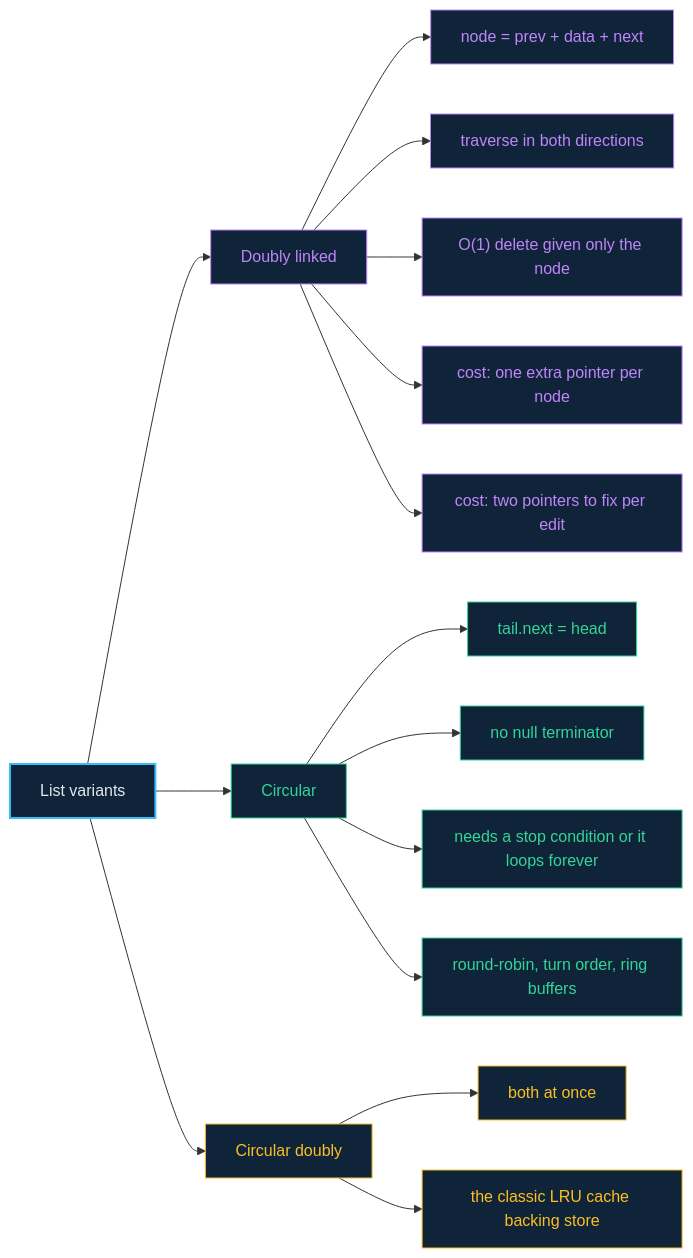
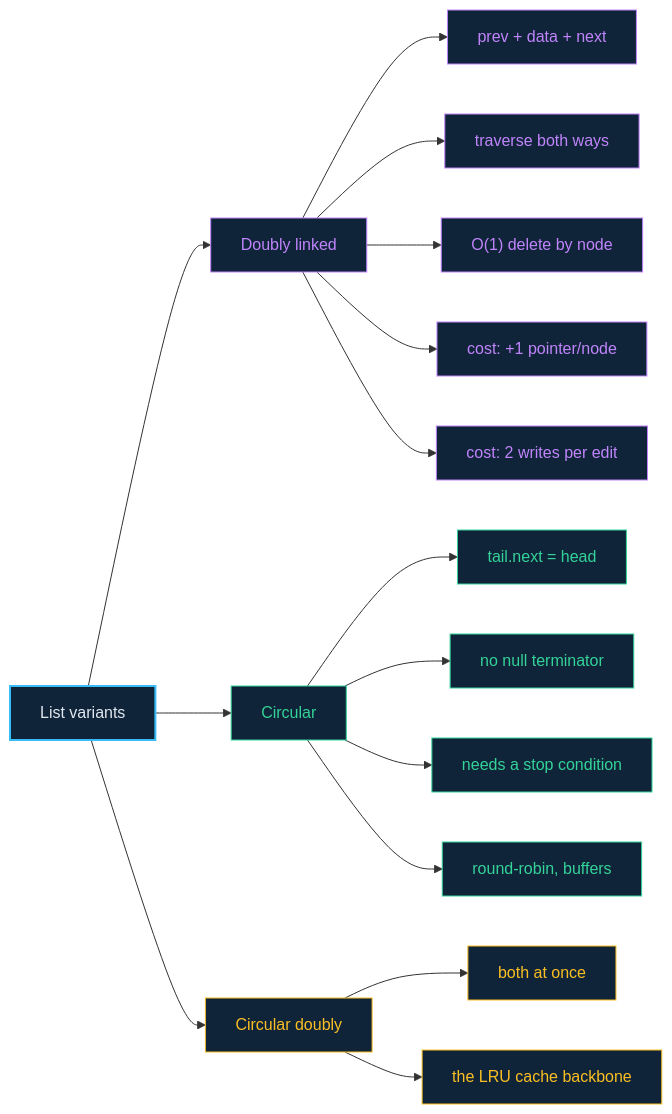
Before and after one commit to rajeshgoyalg/Learn-Data-Structures-and-Algorithms-Visually: the diagram in docs/04-doubly-and-circular-lists.md, drawn with Mermaid. The commit also changed 21 other files, not shown here.

First line of the commit message:
Shorten every mermaid label so diagrams cannot overflow and clip

````diff
--- a/docs/04-doubly-and-circular-lists.md
+++ b/docs/04-doubly-and-circular-lists.md
@@ -40,29 +40,29 @@
 ```mermaid
 flowchart LR
   V["List variants"] --> D["Doubly linked"]
   V --> C["Circular"]
   V --> B["Circular doubly"]
 
-  D --> D1["node = prev + data + next"]
-  D --> D2["traverse in both directions"]
-  D --> D3["O(1) delete given only the node"]
-  D --> D4["cost: one extra pointer per node"]
-  D --> D5["cost: two pointers to fix per edit"]
+  D --> D1["prev + data + next"]
+  D --> D2["traverse both ways"]
+  D --> D3["O(1) delete by node"]
+  D --> D4["cost: +1 pointer/node"]
+  D --> D5["cost: 2 writes per edit"]
 
   C --> C1["tail.next = head"]
   C --> C2["no null terminator"]
-  C --> C3["needs a stop condition or it loops forever"]
-  C --> C4["round-robin, turn order, ring buffers"]
+  C --> C3["needs a stop condition"]
+  C --> C4["round-robin, buffers"]
 
   B --> B1["both at once"]
-  B --> B2["the classic LRU cache backing store"]
+  B --> B2["the LRU cache backbone"]
 
   classDef root fill:#0f2438,stroke:#38bdf8,stroke-width:2px,color:#e2e8f0
   classDef d fill:#0f2438,stroke:#c084fc,color:#c084fc
   classDef c fill:#0f2438,stroke:#34d399,color:#34d399
   classDef b fill:#0f2438,stroke:#fbbf24,color:#fbbf24
   class V root
   class D,D1,D2,D3,D4,D5 d
   class C,C1,C2,C3,C4 c
   class B,B1,B2 b
 ```
````
